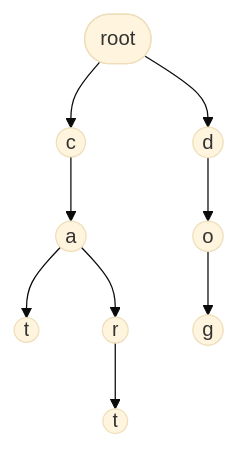
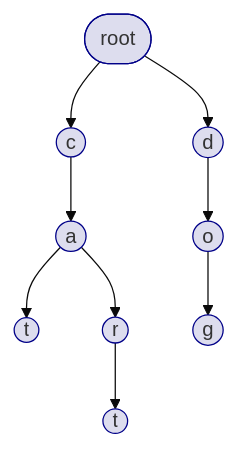
Before and after one commit to cyrxdzj/cyrxdzj_blog_cd: the diagram in src/data/posts/TYOI20260816-03-Trie.md, drawn with Mermaid (base theme). The commit also changed 2 other files, not shown here.

Commit message:
新增虚树的文章，给Trie树的文章补上mermaid样式，添加AGENTS指令

````diff
--- a/src/data/posts/TYOI20260816-03-Trie.md
+++ b/src/data/posts/TYOI20260816-03-Trie.md
@@ -7,12 +7,14 @@
 ```mermaid
 graph TD
+    classDef node fill:#DDDDEE,stroke:#000088;
+    classDef edgeLabel background-color:#DDDDEE;
     root([root])
     root --> c((c))
     root --> d((d))
     c --> a((a))
     d --> o((o))
     a --> t1((t))
     a --> r((r))
     o --> g((g))
     r --> t2((t))
 ```
````
